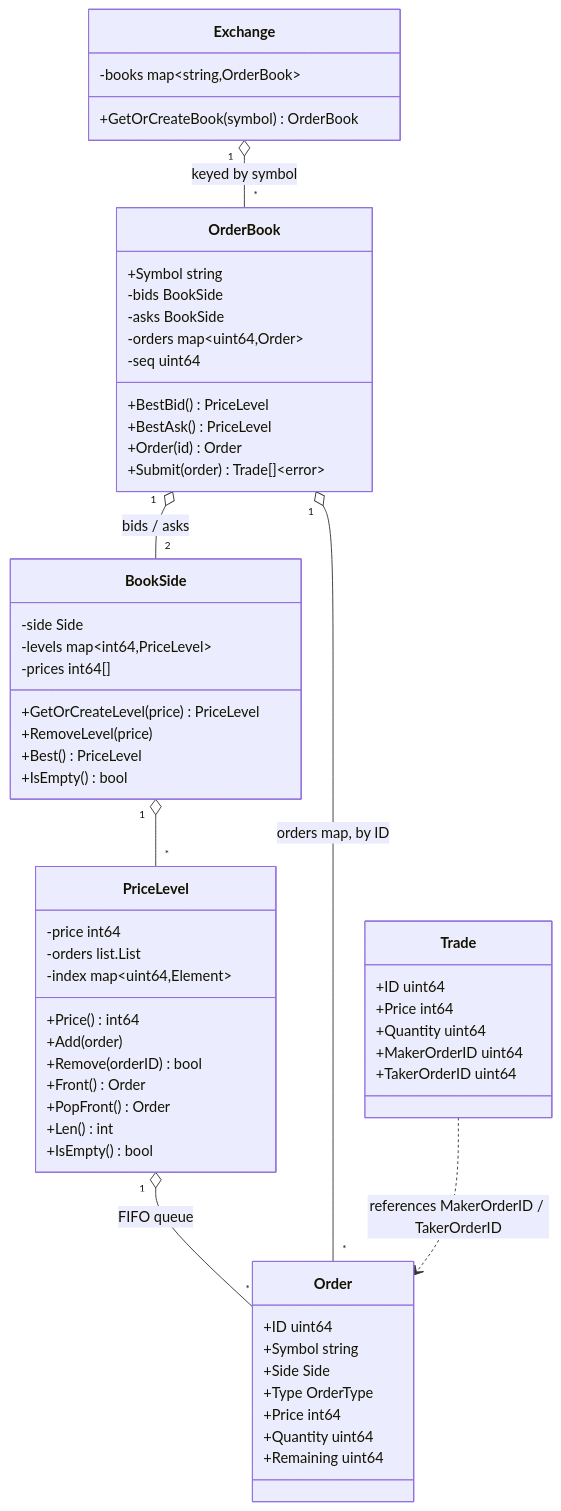
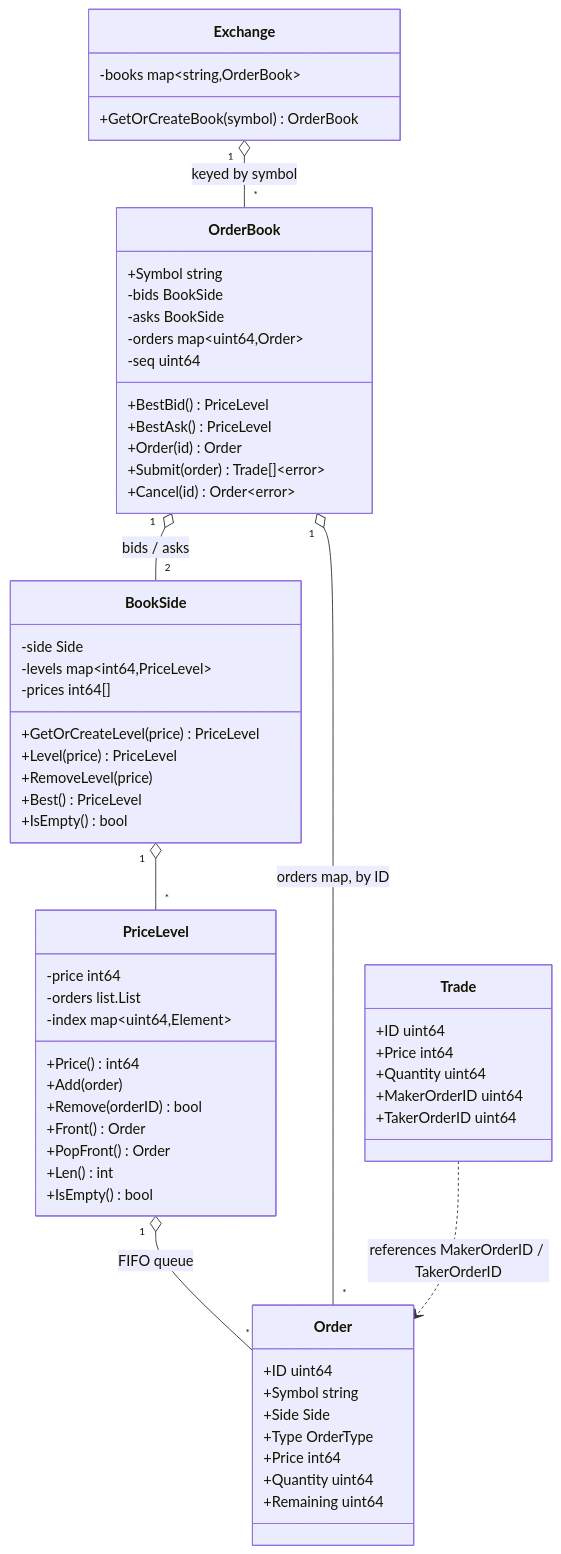
The diagram in README.md (guilhermemcandido/janus), drawn with Mermaid before and after one commit. The commit also changed other lines of this file and 4 other files, not shown here.

First line of the commit message:
Add order cancellation (OrderBook.Cancel)

````diff
--- a/README.md
+++ b/README.md
@@ -11,62 +11,64 @@
 ```mermaid
 classDiagram
     class Exchange {
         -books map~string,OrderBook~
         +GetOrCreateBook(symbol) OrderBook
     }
     class OrderBook {
         +Symbol string
         -bids BookSide
         -asks BookSide
         -orders map~uint64,Order~
         -seq uint64
         +BestBid() PriceLevel
         +BestAsk() PriceLevel
         +Order(id) Order
         +Submit(order) Trade[]~error~
+        +Cancel(id) Order~error~
     }
     class BookSide {
         -side Side
         -levels map~int64,PriceLevel~
         -prices int64[]
         +GetOrCreateLevel(price) PriceLevel
+        +Level(price) PriceLevel
         +RemoveLevel(price)
         +Best() PriceLevel
         +IsEmpty() bool
     }
     class PriceLevel {
         -price int64
         -orders list.List
         -index map~uint64,Element~
         +Price() int64
         +Add(order)
         +Remove(orderID) bool
         +Front() Order
         +PopFront() Order
         +Len() int
         +IsEmpty() bool
     }
     class Order {
         +ID uint64
         +Symbol string
         +Side Side
         +Type OrderType
         +Price int64
         +Quantity uint64
         +Remaining uint64
     }
     class Trade {
         +ID uint64
         +Price int64
         +Quantity uint64
         +MakerOrderID uint64
         +TakerOrderID uint64
     }
 
     Exchange "1" o-- "*" OrderBook : keyed by symbol
     OrderBook "1" o-- "2" BookSide : bids / asks
     BookSide "1" o-- "*" PriceLevel
     PriceLevel "1" o-- "*" Order : FIFO queue
     OrderBook "1" o-- "*" Order : orders map, by ID
     Trade ..> Order : references MakerOrderID / TakerOrderID
 ```
````
